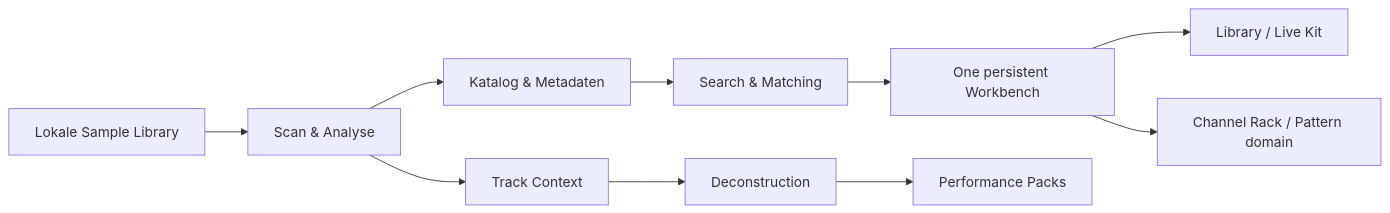
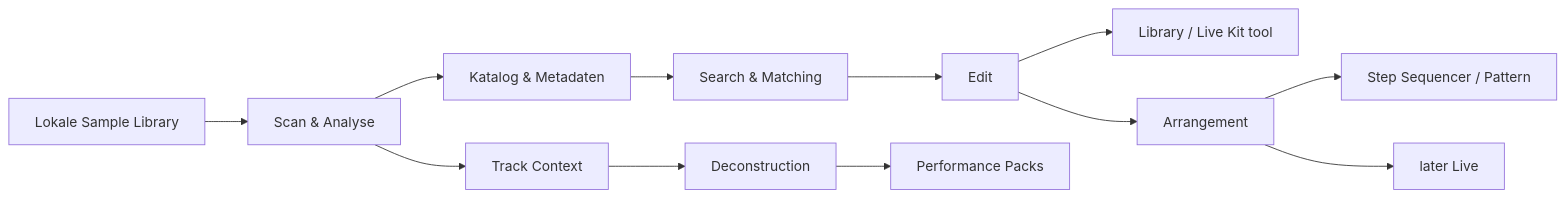
The diagram in README.md (jannekbuengener/sample-brain), drawn with Mermaid before and after one commit. The commit also changed other lines of this file and 16 other files, not shown here.

First line of the commit message:
docs(#1076): freeze Edit → Arrangement → later Live product canon (#1090)

````diff
--- a/README.md
+++ b/README.md
@@ -42,12 +42,14 @@
 ```mermaid
 flowchart LR
     A[Lokale Sample Library] --> B[Scan & Analyse]
     B --> C[Katalog & Metadaten]
     C --> D[Search & Matching]
-    D --> E[One persistent Workbench]
-    E --> F[Library / Live Kit]
-    E --> J[Channel Rack / Pattern domain]
+    D --> E[Edit]
+    E --> F[Library / Live Kit tool]
+    E --> J[Arrangement]
+    J --> K[Step Sequencer / Pattern]
+    J --> L[later Live]
     B --> G[Track Context]
     G --> H[Deconstruction]
     H --> I[Performance Packs]
 ```
````
